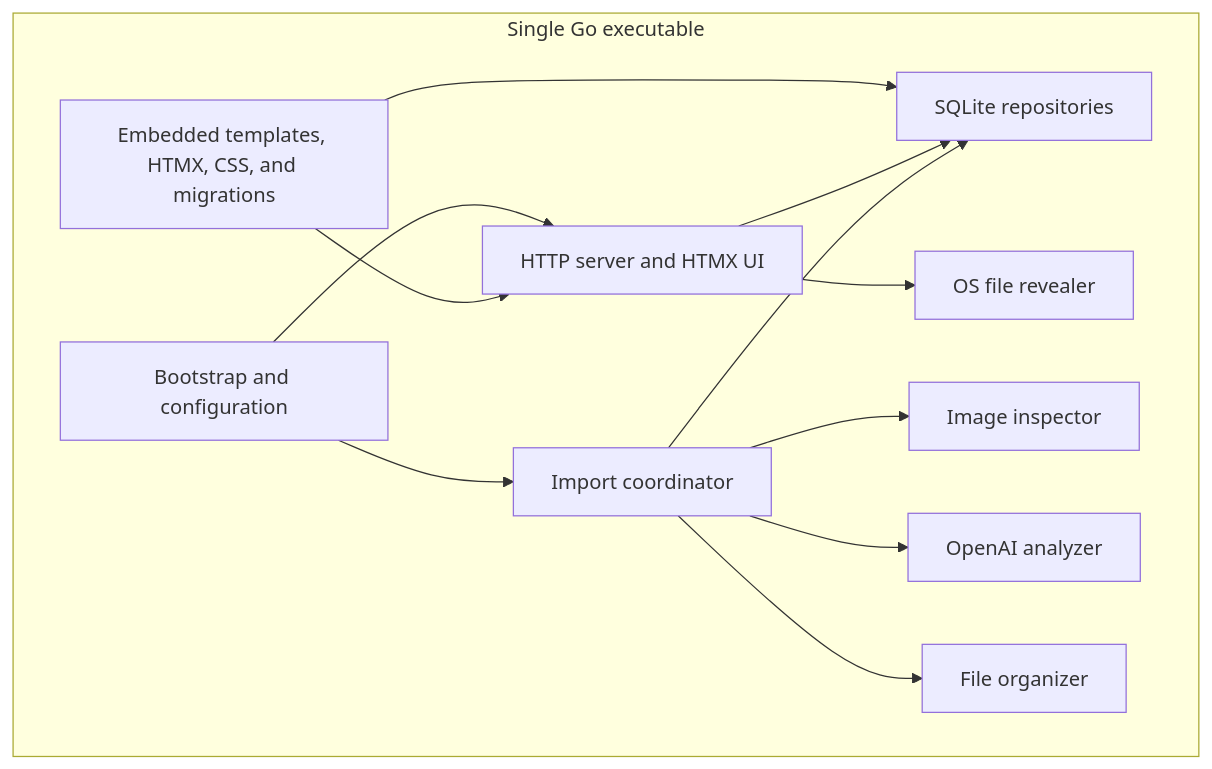
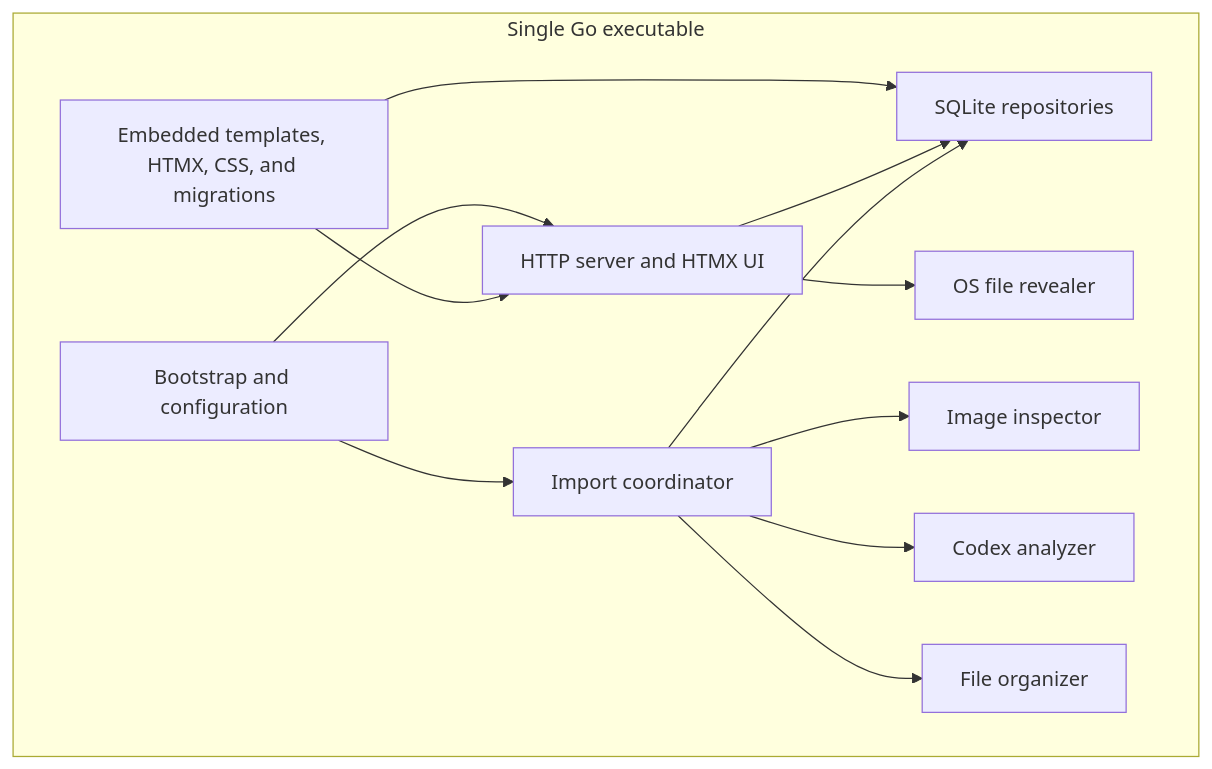
One commit to dfcut8/assets-library-manager changed the second of 4 diagrams in docs/software-design-document.md. Above: the diagram before and after it, drawn with Mermaid. The commit also changed other lines of this file and 15 other files, not shown here.

````diff
--- a/docs/software-design-document.md
+++ b/docs/software-design-document.md
@@ -145,25 +147,25 @@
 ```mermaid
 flowchart TB
     subgraph Binary["Single Go executable"]
         Bootstrap["Bootstrap and configuration"]
         HTTP["HTTP server and HTMX UI"]
         Ingest["Import coordinator"]
         Inspect["Image inspector"]
-        AI["OpenAI analyzer"]
+        AI["Codex analyzer"]
         Organize["File organizer"]
         Repo["SQLite repositories"]
         Reveal["OS file revealer"]
         Embedded["Embedded templates, HTMX, CSS, and migrations"]
     end
 
     Bootstrap --> HTTP
     Bootstrap --> Ingest
     Embedded --> HTTP
     Embedded --> Repo
     HTTP --> Repo
     HTTP --> Reveal
     Ingest --> Inspect
     Ingest --> AI
     Ingest --> Organize
     Ingest --> Repo
 ```
````
